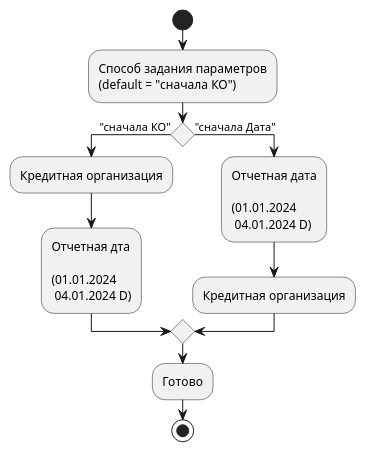
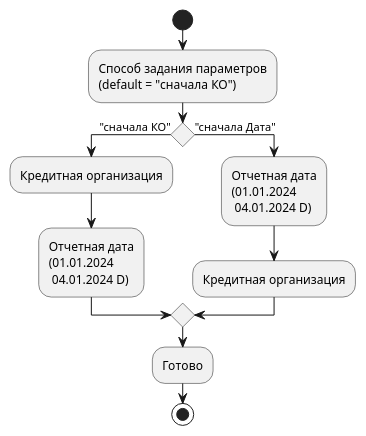
One commit to hheli/hheliDiagrams changed the diagram in src/0409072/promptSelection.plantuml. Above: the diagram before and after it, drawn with PlantUML.

Commit message:
редакционный корректировки

```diff
--- a/src/0409072/promptSelection.plantuml
+++ b/src/0409072/promptSelection.plantuml
@@ -1,20 +1,18 @@
 @startuml
 start
 :Способ задания параметров 
 (default = "сначала КО");
 if () then ("cначала КО") 
 :Кредитная организация;
-:Отчетная дта
-
+:Отчетная дата
 (01.01.2024
  04.01.2024 D);
 else ("сначала Дата")
 :Отчетная дата
-
 (01.01.2024 
  04.01.2024 D);
 :Кредитная организация;
 endif
 :Готово;
 stop 
 @enduml
```
